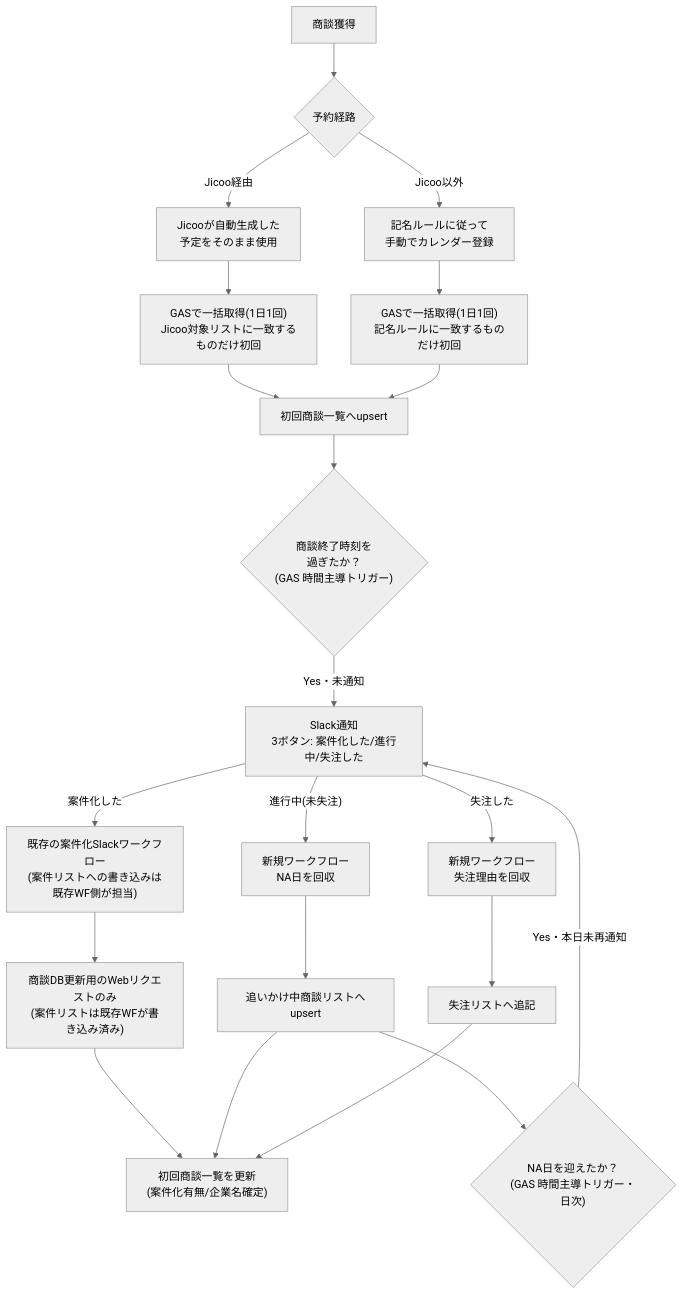
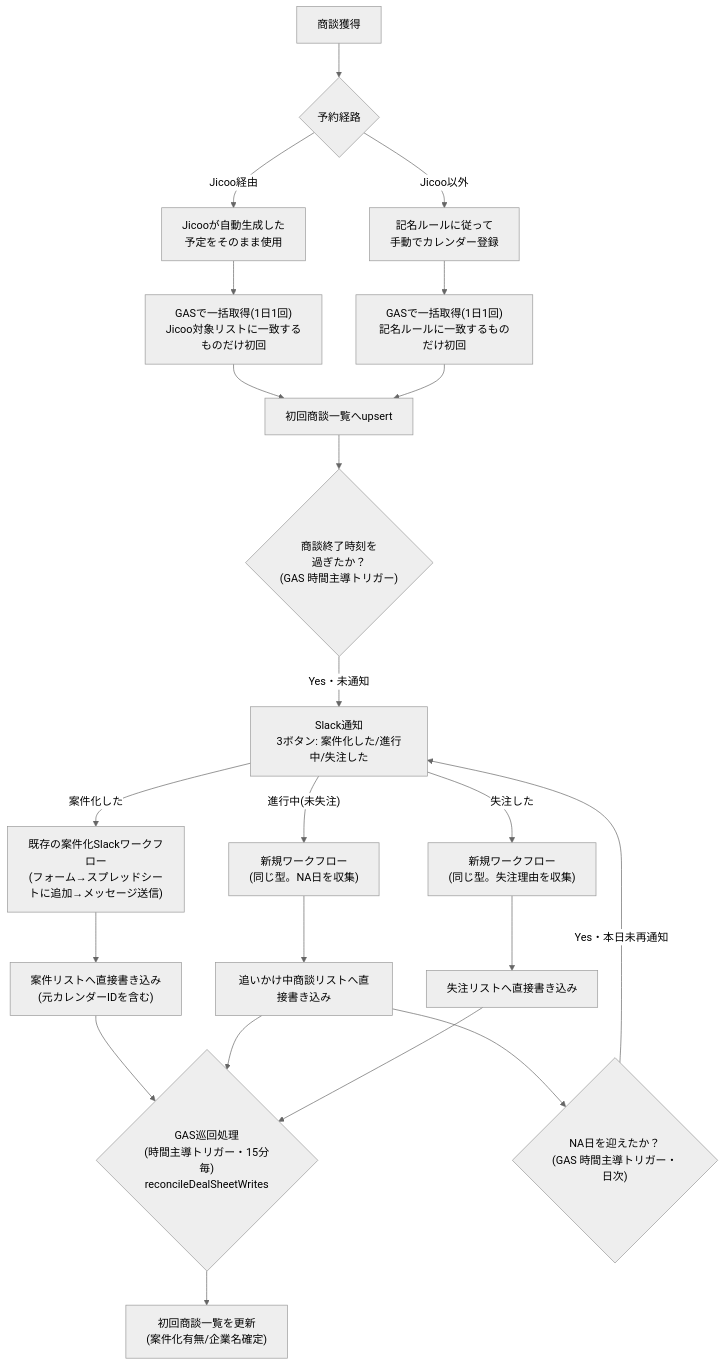
Before and after one commit to euphnaho/aibpo-workflow-automation: the diagram in docs/workflow-design.md, drawn with Mermaid (neutral theme). The commit also changed other lines of this file and 7 other files, not shown here.

````diff
--- a/docs/workflow-design.md
+++ b/docs/workflow-design.md
@@ -34,23 +34,24 @@
 ```mermaid
 flowchart TD
     A[商談獲得] --> B{予約経路}
     B -- Jicoo経由 --> B1["Jicooが自動生成した\n予定をそのまま使用"]
     B -- Jicoo以外 --> B2["記名ルールに従って\n手動でカレンダー登録"]
     B1 --> C["GASで一括取得(1日1回)\nJicoo対象リストに一致するものだけ初回"]
     B2 --> C2["GASで一括取得(1日1回)\n記名ルールに一致するものだけ初回"]
     C --> D[初回商談一覧へupsert]
     C2 --> D
     D --> E{"商談終了時刻を\n過ぎたか？\n(GAS 時間主導トリガー)"}
     E -- Yes・未通知 --> F["Slack通知\n3ボタン: 案件化した/進行中/失注した"]
-    F -- 案件化した --> G1["既存の案件化Slackワークフロー\n(案件リストへの書き込みは既存WF側が担当)"]
-    F -- 進行中(未失注) --> G2["新規ワークフロー\nNA日を回収"]
-    F -- 失注した --> G3["新規ワークフロー\n失注理由を回収"]
-    G1 --> I["商談DB更新用のWebリクエストのみ\n(案件リストは既存WFが書き込み済み)"]
-    G2 --> J["追いかけ中商談リストへupsert"]
-    G3 --> K[失注リストへ追記]
-    I --> L["初回商談一覧を更新\n(案件化有無/企業名確定)"]
-    J --> L
-    K --> L
+    F -- 案件化した --> G1["既存の案件化Slackワークフロー\n(フォーム→スプレッドシートに追加→メッセージ送信)"]
+    F -- 進行中(未失注) --> G2["新規ワークフロー\n(同じ型。NA日を収集)"]
+    F -- 失注した --> G3["新規ワークフロー\n(同じ型。失注理由を収集)"]
+    G1 --> I["案件リストへ直接書き込み\n(元カレンダーIDを含む)"]
+    G2 --> J["追いかけ中商談リストへ直接書き込み"]
+    G3 --> K["失注リストへ直接書き込み"]
+    I --> R{"GAS巡回処理\n(時間主導トリガー・15分毎)\nreconcileDealSheetWrites"}
+    J --> R
+    K --> R
+    R --> L["初回商談一覧を更新\n(案件化有無/企業名確定)"]
     J --> M{"NA日を迎えたか？\n(GAS 時間主導トリガー・日次)"}
     M -- Yes・本日未再通知 --> F
 ```
````
